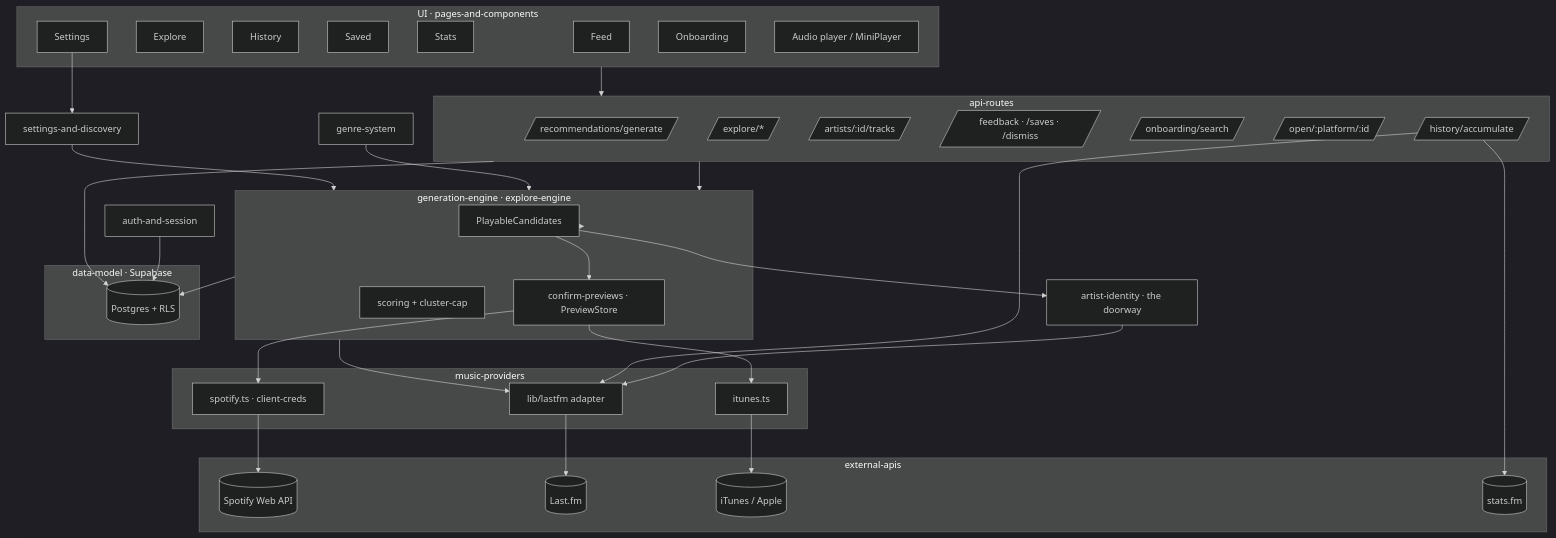
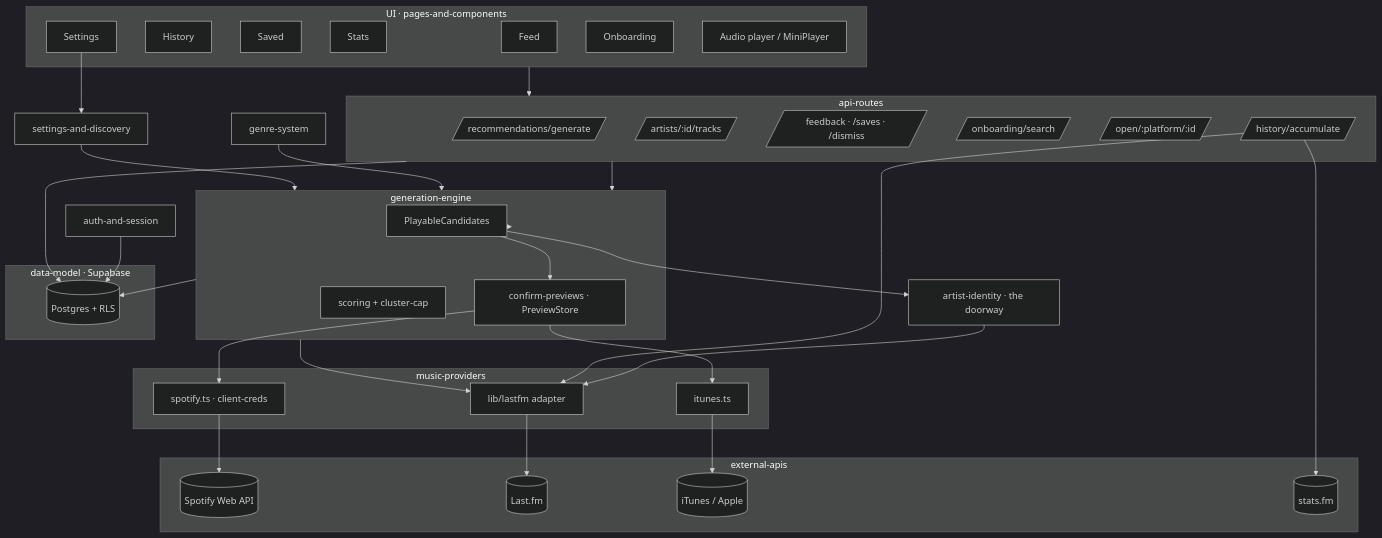
The diagram in docs/wiki/index.md (TenNineteenOne/flipside), drawn with Mermaid (dark theme) before and after one commit. The commit also changed other lines of this file and 105 other files, not shown here.

````diff
--- a/docs/wiki/index.md
+++ b/docs/wiki/index.md
@@ -34,65 +34,63 @@
 ```mermaid
 graph TD
   subgraph Client[UI · pages-and-components]
     FEED[Feed]
-    EXP[Explore]
     HIST[History]
     SAVED[Saved]
     STATS[Stats]
     SET[Settings]
     ONB[Onboarding]
     PLAYER[Audio player / MiniPlayer]
   end
 
   subgraph API[api-routes]
     R_GEN[/recommendations/generate/]
-    R_EXP[/explore/*/]
     R_TRK[/artists/:id/tracks/]
     R_FB[/feedback · /saves · /dismiss/]
     R_SRCH[/onboarding/search/]
     R_OPEN[/open/:platform/:id/]
     R_HIST[/history/accumulate/]
   end
 
-  subgraph Engine[generation-engine · explore-engine]
+  subgraph Engine[generation-engine]
     PC[PlayableCandidates]
     CONFIRM[confirm-previews · PreviewStore]
     SCORE[scoring + cluster-cap]
   end
 
   DOOR[artist-identity · the doorway]
 
   subgraph Providers[music-providers]
     LFMA[lib/lastfm adapter]
     SPA[spotify.ts · client-creds]
     ITUNES[itunes.ts]
   end
 
   subgraph Ext[external-apis]
     SPOT[(Spotify Web API)]
     LFM[(Last.fm)]
     APPLE[(iTunes / Apple)]
     SFM[(stats.fm)]
   end
 
   subgraph Data[data-model · Supabase]
     DB[(Postgres + RLS)]
   end
 
   Client --> API
   API --> Engine
   Engine --> PC --> DOOR --> LFMA
   Engine --> LFMA
   PC --> CONFIRM --> ITUNES
   CONFIRM --> SPA
   LFMA --> LFM
   SPA --> SPOT
   ITUNES --> APPLE
   R_HIST --> SFM
   R_HIST --> LFMA
   Engine --> DB
   API --> DB
   AUTH[auth-and-session] --> DB
   GENRE[genre-system] --> Engine
   SET --> SETTINGS[settings-and-discovery] --> Engine
 ```
````
